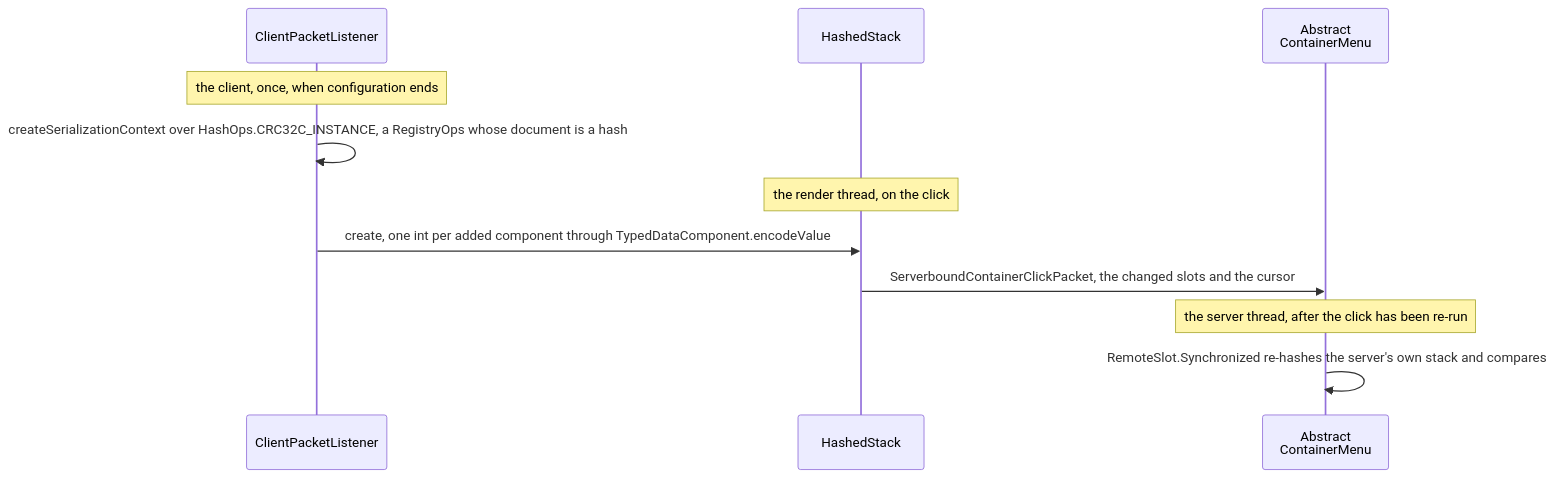
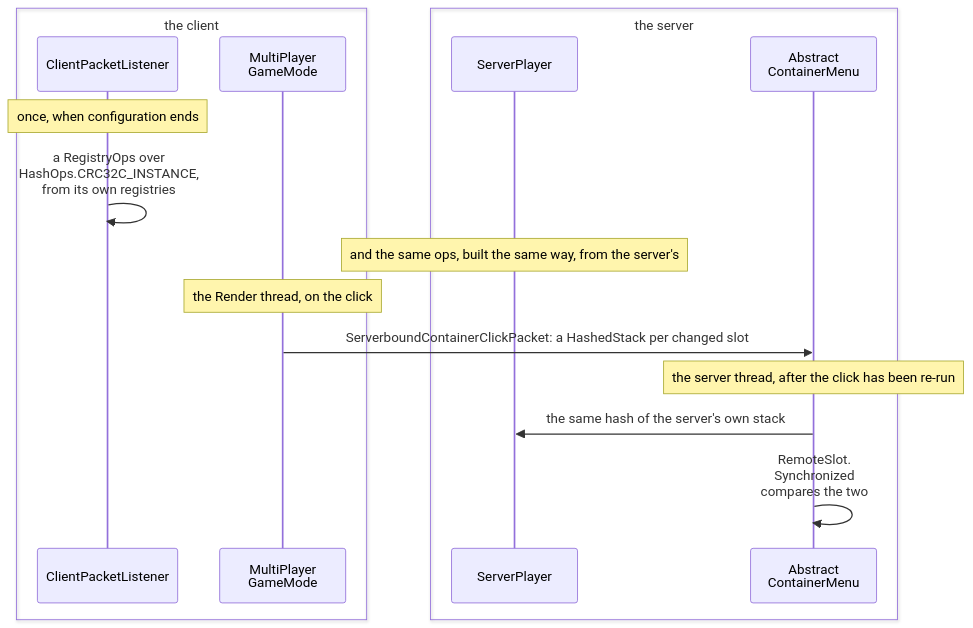
The third of 4 diagrams in src/systems/foundations/codecs-nbt-json.md (AlexanderjFraser/MinecraftDocs), drawn with Mermaid before and after one commit. The commit also changed other lines of this file and 14 other files, not shown here.

````diff
--- a/src/systems/foundations/codecs-nbt-json.md
+++ b/src/systems/foundations/codecs-nbt-json.md
@@ -116,14 +133,20 @@
 ```mermaid
 sequenceDiagram
+    box transparent the client
     participant CPL as ClientPacketListener
-    participant HS as HashedStack
+    participant MPGM as MultiPlayer<br/>GameMode
+    end
+    box transparent the server
+    participant SP as ServerPlayer
     participant ACM as Abstract<br/>ContainerMenu
+    end
 
-    Note over CPL: the client, once, when configuration ends
-    CPL->>CPL: createSerializationContext over HashOps.CRC32C_INSTANCE, a RegistryOps whose document is a hash
-    Note over HS: the render thread, on the click
-    CPL->>HS: create, one int per added component through TypedDataComponent.encodeValue
-    HS->>ACM: ServerboundContainerClickPacket, the changed slots and the cursor
+    Note over CPL: once, when configuration ends
+    CPL->>CPL: a RegistryOps over <br/>HashOps.CRC32C_INSTANCE,<br/>from its own registries
+    Note over SP: and the same ops, built the same way, from the server's
+    Note over MPGM: the Render thread, on the click
+    MPGM->>ACM: ServerboundContainerClickPacket: a HashedStack per changed slot
     Note over ACM: the server thread, after the click has been re-run
-    ACM->>ACM: RemoteSlot.Synchronized re-hashes the server's own stack and compares
+    ACM->>SP: the same hash of the server's own stack
+    ACM->>ACM: RemoteSlot.<br/>Synchronized <br/>compares the two
 ```
````
